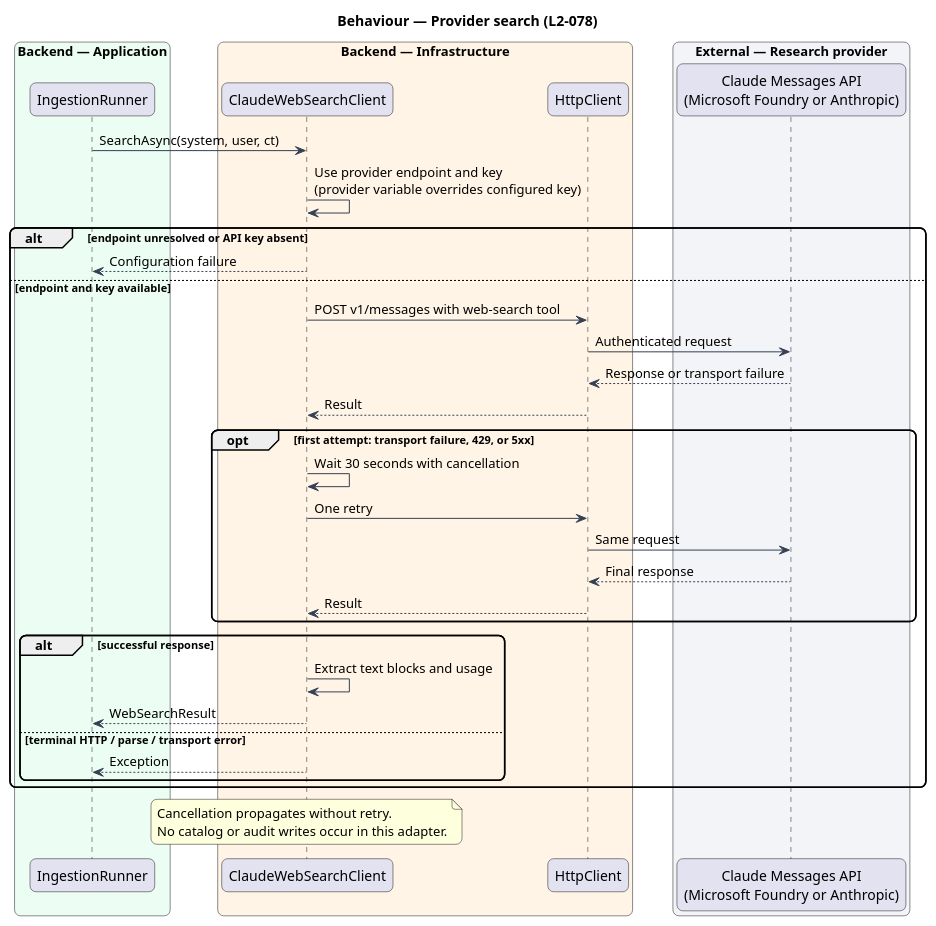
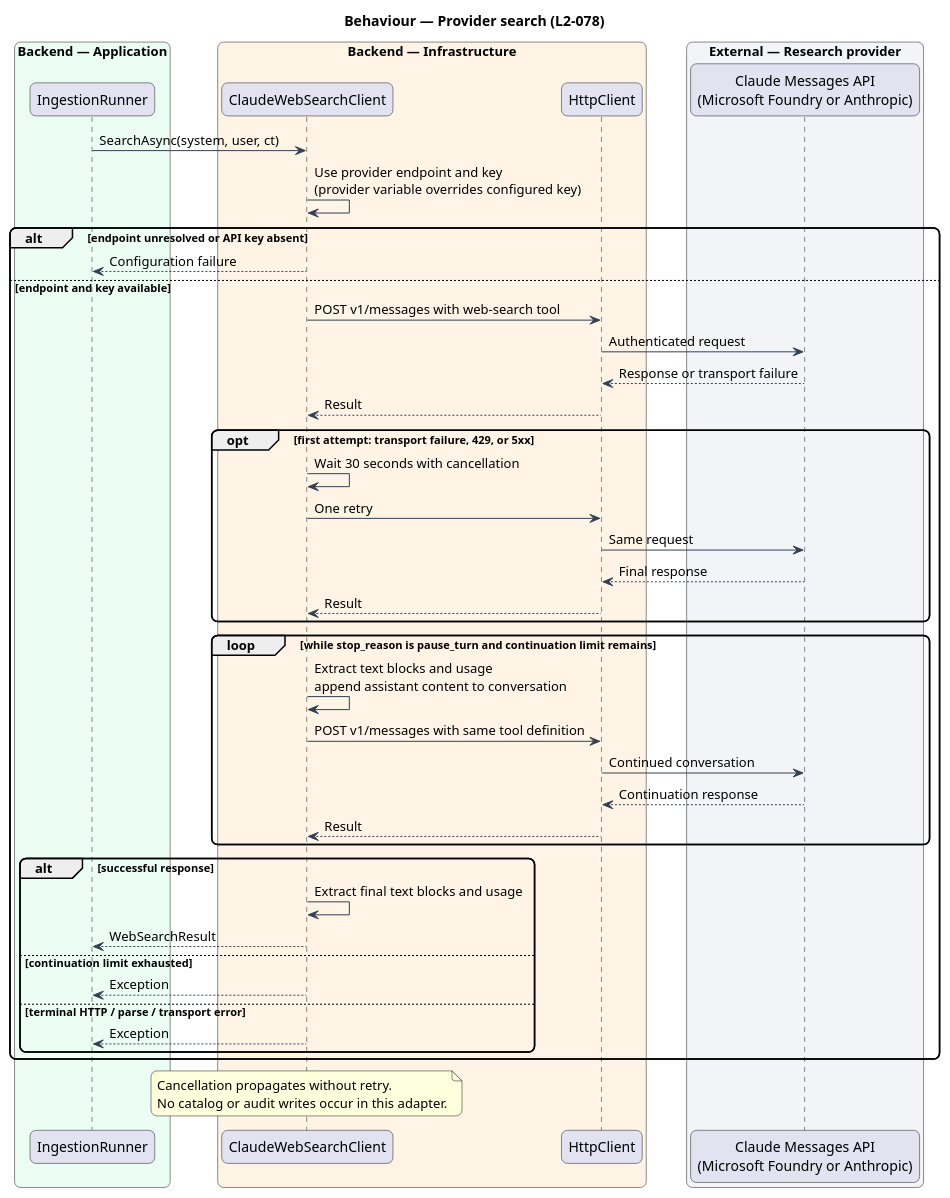
Before and after one commit to QuinntyneBrown/saturdaze: the diagram in docs/detailed-designs/discovery/ingest-catalogs/diagrams/sequence-provider-search.puml, drawn with PlantUML. The commit also changed 2 other files, not shown here.

Commit message:
Document Claude pause_turn continuation flow

```diff
--- a/docs/detailed-designs/discovery/ingest-catalogs/diagrams/sequence-provider-search.puml
+++ b/docs/detailed-designs/discovery/ingest-catalogs/diagrams/sequence-provider-search.puml
@@ -1,46 +1,55 @@
 @startuml
 skinparam backgroundColor #FFFFFF
 skinparam shadowing false
 skinparam roundcorner 12
 skinparam defaultFontName Arial
 skinparam ArrowColor #344054
 
 title Behaviour — Provider search (L2-078)
 box "Backend — Application" #ECFDF3
  participant IngestionRunner as runner
 end box
 box "Backend — Infrastructure" #FFF4E5
  participant ClaudeWebSearchClient as client
  participant HttpClient as http
 end box
 box "External — Research provider" #F2F4F7
  participant "Claude Messages API\n(Microsoft Foundry or Anthropic)" as provider
 end box
 runner -> client : SearchAsync(system, user, ct)
 client -> client : Use provider endpoint and key\n(provider variable overrides configured key)
 alt endpoint unresolved or API key absent
  client --> runner : Configuration failure
 else endpoint and key available
  client -> http : POST v1/messages with web-search tool
  http -> provider : Authenticated request
  provider --> http : Response or transport failure
  http --> client : Result
  opt first attempt: transport failure, 429, or 5xx
  client -> client : Wait 30 seconds with cancellation
  client -> http : One retry
  http -> provider : Same request
  provider --> http : Final response
  http --> client : Result
  end
+ loop while stop_reason is pause_turn and continuation limit remains
+ client -> client : Extract text blocks and usage\nappend assistant content to conversation
+ client -> http : POST v1/messages with same tool definition
+ http -> provider : Continued conversation
+ provider --> http : Continuation response
+ http --> client : Result
+ end
  alt successful response
- client -> client : Extract text blocks and usage
+ client -> client : Extract final text blocks and usage
  client --> runner : WebSearchResult
+ else continuation limit exhausted
+ client --> runner : Exception
  else terminal HTTP / parse / transport error
  client --> runner : Exception
  end
 end
 note over client
 Cancellation propagates without retry.
 No catalog or audit writes occur in this adapter.
 end note
 @enduml
```
